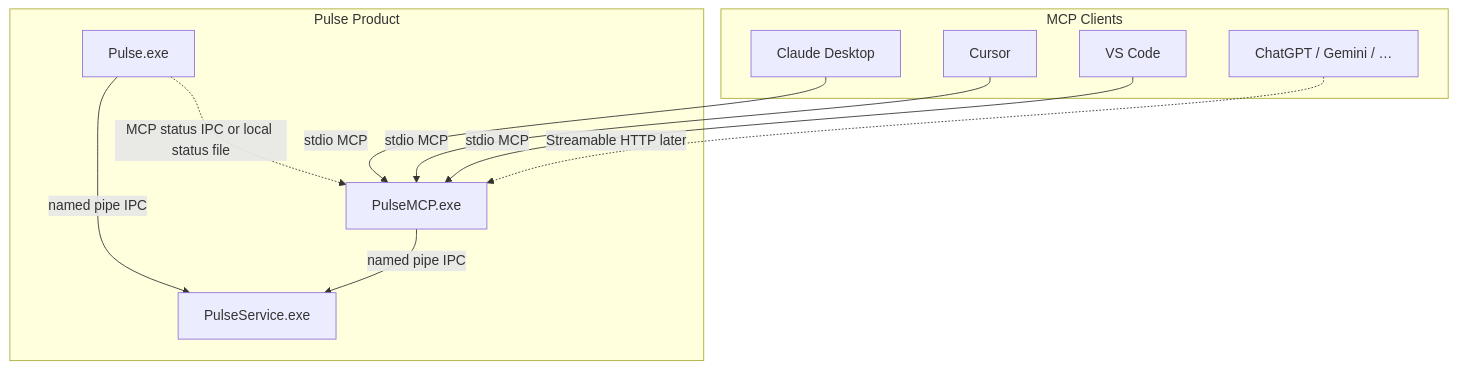
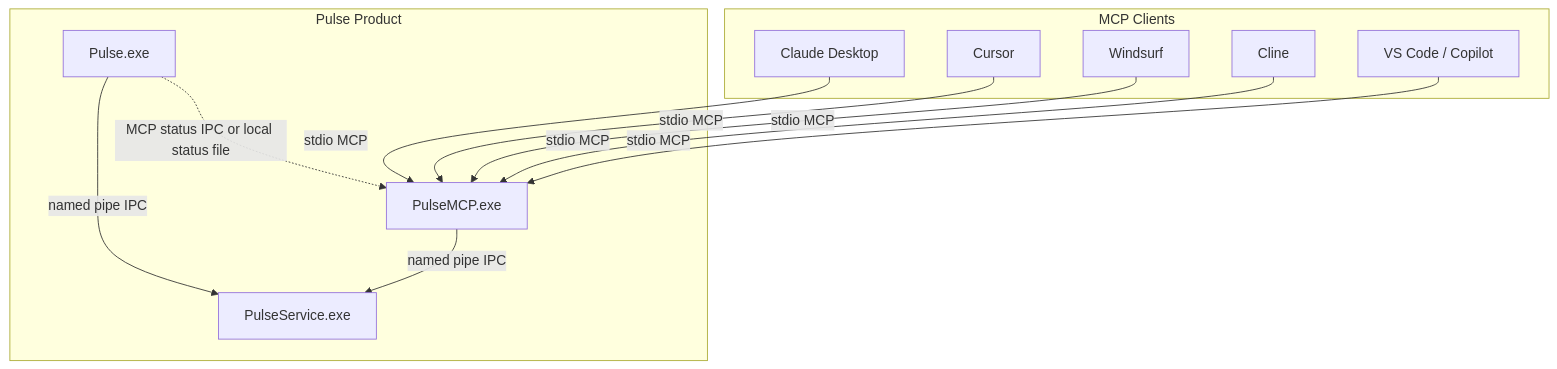
The diagram in docs/architecture/33-mcp-bridge.md (Regncreative/Pulse), drawn with Mermaid before and after one commit. The commit also changed other lines of this file and 92 other files, not shown here.

````diff
--- a/docs/architecture/33-mcp-bridge.md
+++ b/docs/architecture/33-mcp-bridge.md
@@ -39,24 +39,26 @@
 ```mermaid
 flowchart TB
   subgraph clients [MCP Clients]
     Claude[Claude Desktop]
     Cursor[Cursor]
-    VSCode[VS Code]
-    Other[ChatGPT / Gemini / …]
+    Windsurf[Windsurf]
+    Cline[Cline]
+    VSCode[VS Code / Copilot]
   end
 
   subgraph pulse [Pulse Product]
     UI[Pulse.exe]
     MCP[PulseMCP.exe]
     SVC[PulseService.exe]
   end
 
   Claude -->|stdio MCP| MCP
   Cursor -->|stdio MCP| MCP
+  Windsurf -->|stdio MCP| MCP
+  Cline -->|stdio MCP| MCP
   VSCode -->|stdio MCP| MCP
-  Other -.->|Streamable HTTP later| MCP
 
   UI -->|named pipe IPC| SVC
   MCP -->|named pipe IPC| SVC
   UI -.->|MCP status IPC or local status file| MCP
 ```
````
